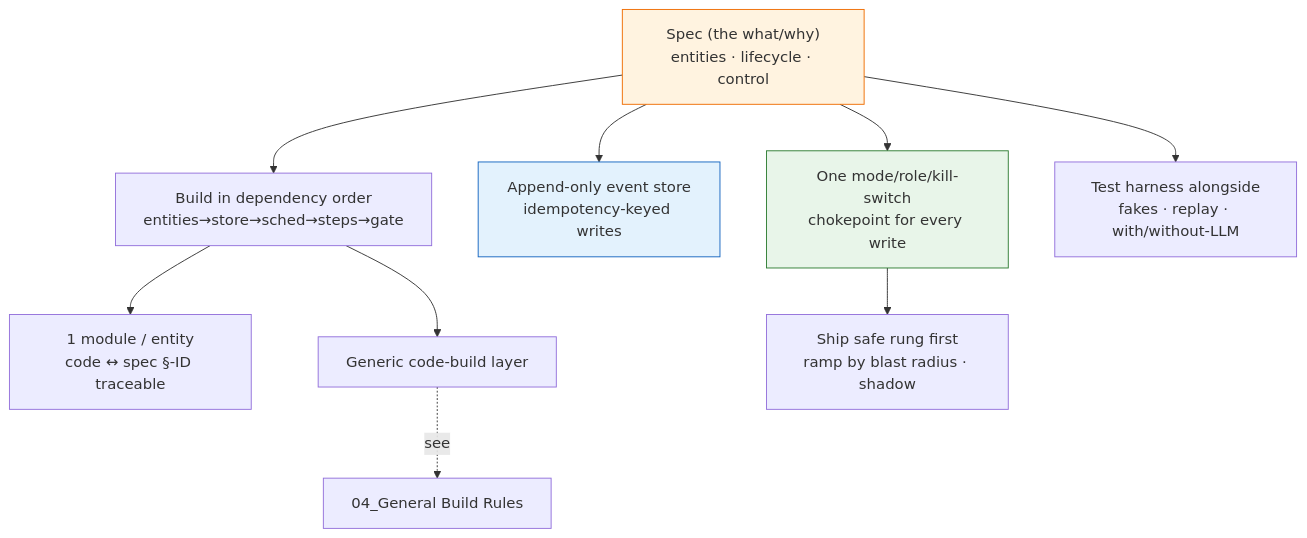
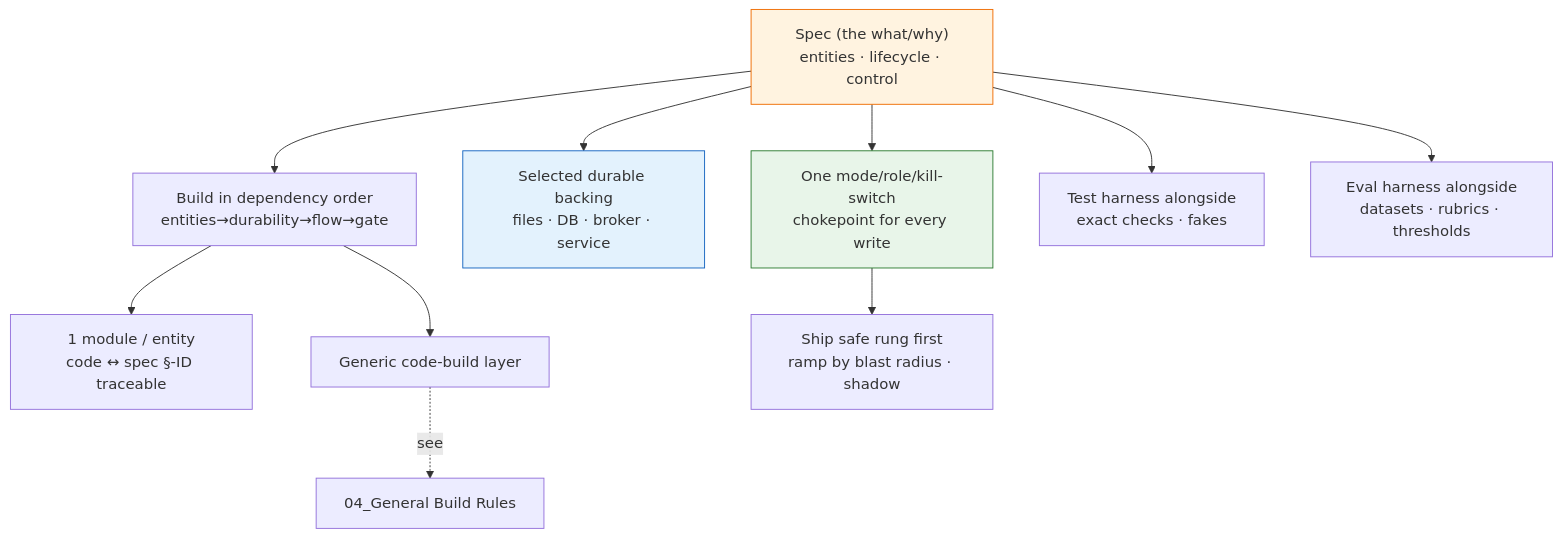
Before and after one commit to anatoly-m-maslennikov/dset-specs-loops-framework: the diagram in methodology/03_Implementation Plan Patterns — Service Build Conventions.md, drawn with Mermaid. The commit also changed other lines of this file and 48 other files, not shown here.

````diff
--- a/methodology/03_Implementation Plan Patterns — Service Build Conventions.md
+++ b/methodology/03_Implementation Plan Patterns — Service Build Conventions.md
@@ -8,14 +8,15 @@
 ```mermaid
 graph TD
-    SPEC["Spec (the what/why)<br/>entities · lifecycle · control"] --> ORDER["Build in dependency order<br/>entities→store→sched→steps→gate"]
+    SPEC["Spec (the what/why)<br/>entities · lifecycle · control"] --> ORDER["Build in dependency order<br/>entities→durability→flow→gate"]
     ORDER --> TRACE["1 module / entity<br/>code ↔ spec §-ID traceable"]
-    SPEC --> STORE["Append-only event store<br/>idempotency-keyed writes"]
+    SPEC --> STORE["Selected durable backing<br/>files · DB · broker · service"]
     SPEC --> CHOKE["One mode/role/kill-switch<br/>chokepoint for every write"]
     CHOKE --> ROLLOUT["Ship safe rung first<br/>ramp by blast radius · shadow"]
-    SPEC --> TEST["Test harness alongside<br/>fakes · replay · with/without-LLM"]
+    SPEC --> TEST["Test harness alongside<br/>exact checks · fakes"]
+    SPEC --> EVAL["Eval harness alongside<br/>datasets · rubrics · thresholds"]
     GEN["Generic code-build layer"] -.see.-> SCRIPT["04_General Build Rules"]
     ORDER --> GEN
     style SPEC fill:#fff3e0,stroke:#ef6c00
     style STORE fill:#e3f2fd,stroke:#1565c0
     style CHOKE fill:#e8f5e9,stroke:#2e7d32
 ```
````
